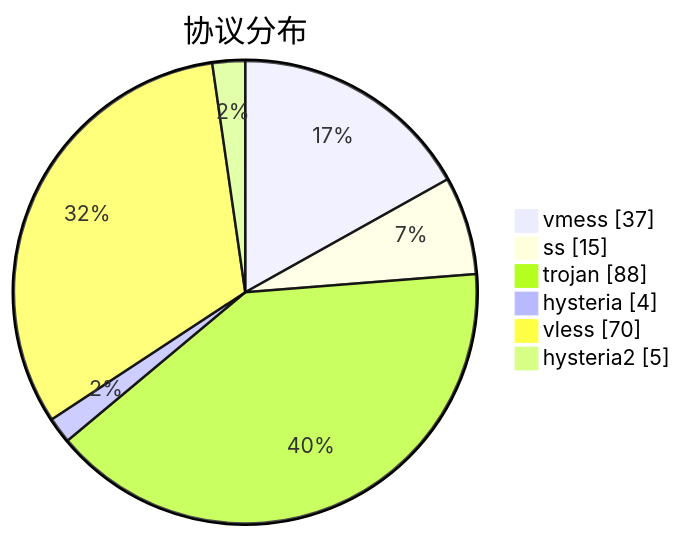
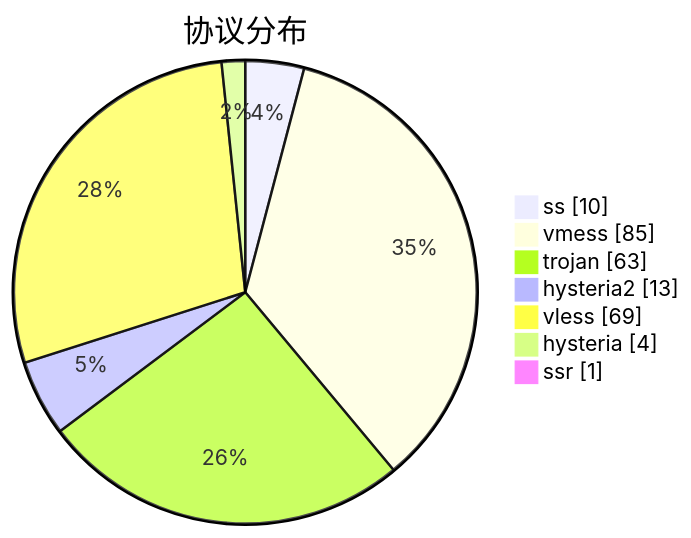
One commit to sinspired/airport changed the third of 3 diagrams in subs/statistics/tested_within.md. Above: the diagram before and after it, drawn with Mermaid. The commit also changed other lines of this file and 2 other files, not shown here.

````diff
--- a/subs/statistics/tested_within.md
+++ b/subs/statistics/tested_within.md
@@ -39,10 +38,11 @@
 ```mermaid
 pie showData
 title 协议分布
-"vmess" : 37
-"ss" : 15
-"trojan" : 88
+"ss" : 10
+"vmess" : 85
+"trojan" : 63
+"hysteria2" : 13
+"vless" : 69
 "hysteria" : 4
-"vless" : 70
-"hysteria2" : 5
+"ssr" : 1
 ```
````
